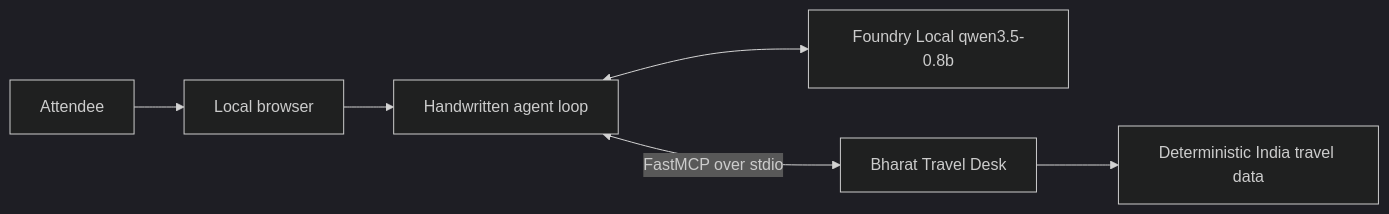
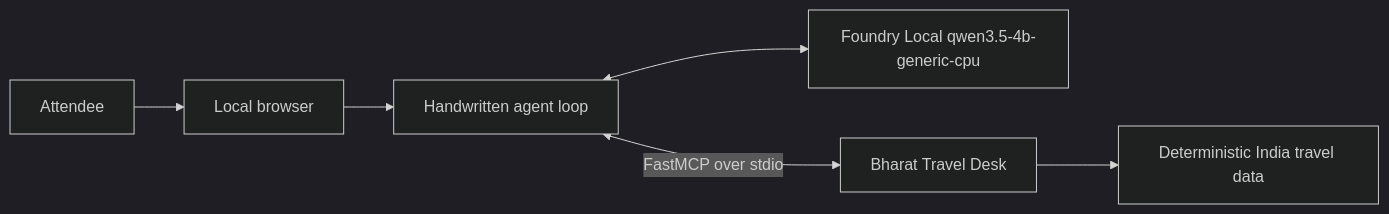
One commit to GlobalAICommunity/mcp-fl-workshop changed the diagram in README.md. Above: the diagram before and after it, drawn with Mermaid (dark theme). The commit also changed other lines of this file and 14 other files, not shown here.

Commit message:
Update model references from qwen3.5-0.8b to qwen3.5-4b-generic-cpu across documentation and code; ensure consistency for workshop setup and usage

````diff
--- a/README.md
+++ b/README.md
@@ -62,8 +62,8 @@
 ```mermaid
 flowchart LR
     U[Attendee] --> B[Local browser]
     B --> A[Handwritten agent loop]
-    A <--> F[Foundry Local qwen3.5-0.8b]
+    A <--> F[Foundry Local qwen3.5-4b-generic-cpu]
     A <-->|FastMCP over stdio| S[Bharat Travel Desk]
     S --> D[Deterministic India travel data]
 ```
````
